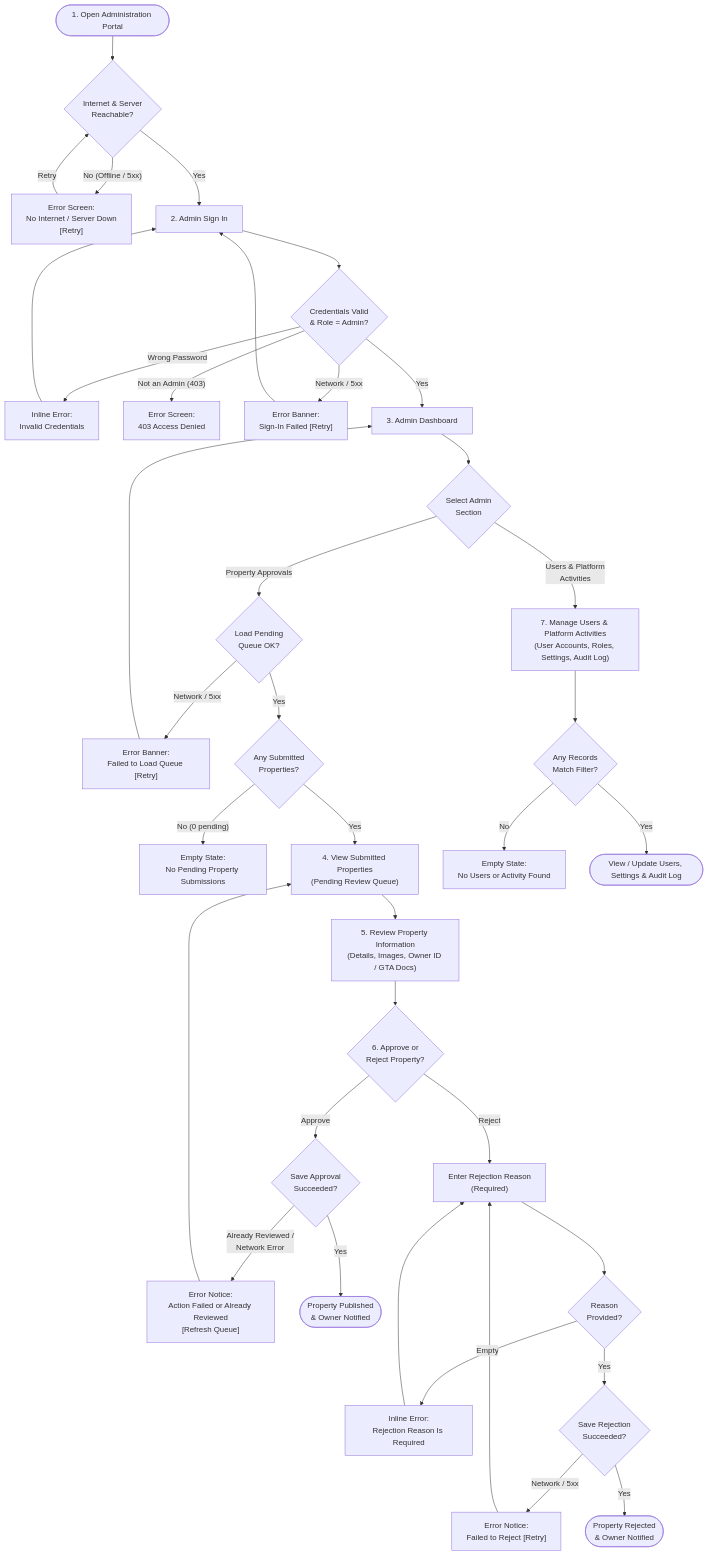
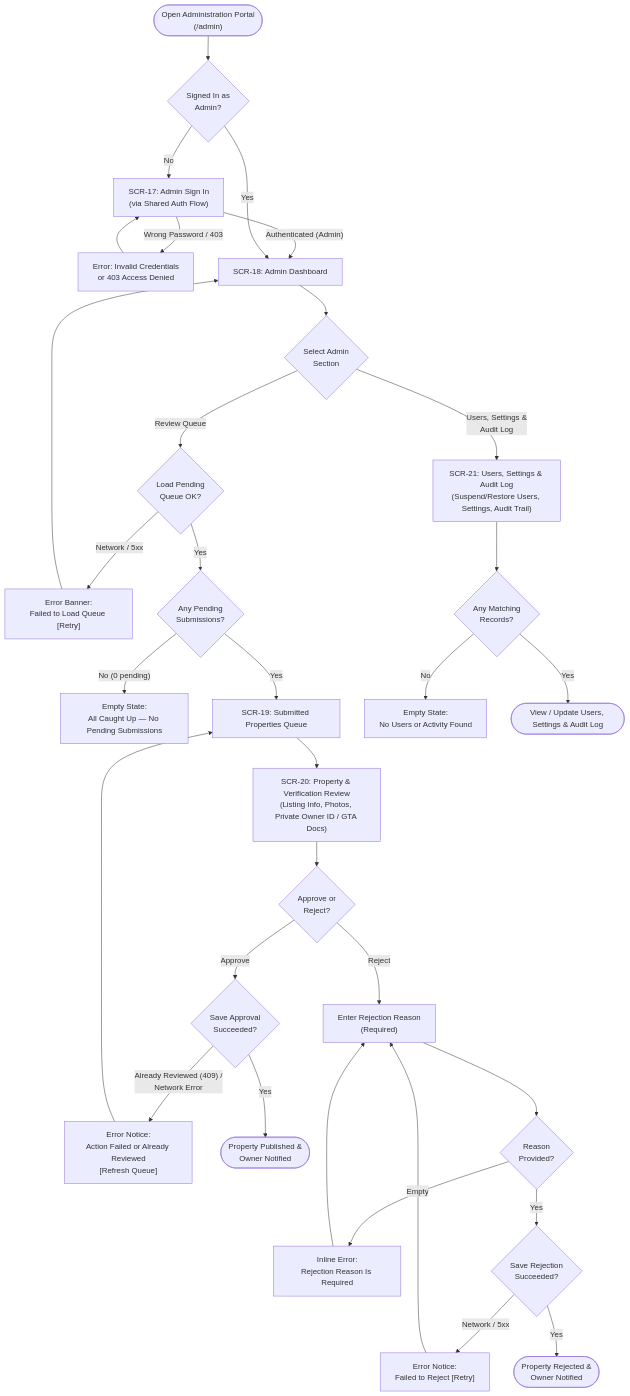
The third of 4 diagrams in docs/design/user-flows.md (ObboyeBossman/findstay), drawn with Mermaid before and after one commit. The commit also changed other lines of this file, not shown here.

Commit message:
docs(s1-01-t3): add screen inventory, shared auth/recovery, verification & calendar flows

````diff
--- a/docs/design/user-flows.md
+++ b/docs/design/user-flows.md
@@ -161,47 +187,43 @@
 ```mermaid
 flowchart TD
-    Start(["1. Open Administration Portal"]) --> NetCheck{"Internet & Server<br/>Reachable?"}
-    NetCheck -- "No (Offline / 5xx)" --> ErrOffline["Error Screen:<br/>No Internet / Server Down<br/>[Retry]"]
-    ErrOffline -- "Retry" --> NetCheck
+    Start(["Open Administration Portal<br/>(/admin)"]) --> AuthCheck{"Signed In as<br/>Admin?"}
+    AuthCheck -- "No" --> SCR17["SCR-17: Admin Sign In<br/>(via Shared Auth Flow)"]
+    SCR17 -- "Wrong Password / 403" --> ErrAdminAuth["Error: Invalid Credentials<br/>or 403 Access Denied"]
+    ErrAdminAuth --> SCR17
+    SCR17 -- "Authenticated (Admin)" --> SCR18
 
-    NetCheck -- "Yes" --> AdminSignIn["2. Admin Sign In"]
-    AdminSignIn --> AuthCheck{"Credentials Valid<br/>& Role = Admin?"}
-    AuthCheck -- "Wrong Password" --> ErrPass["Inline Error:<br/>Invalid Credentials"]
-    ErrPass --> AdminSignIn
-    AuthCheck -- "Not an Admin (403)" --> ErrForbidden["Error Screen:<br/>403 Access Denied"]
-    AuthCheck -- "Network / 5xx" --> ErrAuthNet["Error Banner:<br/>Sign-In Failed [Retry]"]
-    ErrAuthNet --> AdminSignIn
+    AuthCheck -- "Yes" --> SCR18["SCR-18: Admin Dashboard"]
+    SCR18 --> AdminSection{"Select Admin<br/>Section"}
 
-    AuthCheck -- "Yes" --> AdminDash["3. Admin Dashboard"]
-    AdminDash --> AdminSection{"Select Admin<br/>Section"}
+    %% Property & Verification Review Queue (S1-15)
+    AdminSection -- "Review Queue" --> QueueLoad{"Load Pending<br/>Queue OK?"}
+    QueueLoad -- "Network / 5xx" --> ErrQueue["Error Banner:<br/>Failed to Load Queue [Retry]"]
+    ErrQueue --> SCR18
 
-    AdminSection -- "Property Approvals" --> QueueFetch{"Load Pending<br/>Queue OK?"}
-    QueueFetch -- "Network / 5xx" --> ErrQueue["Error Banner:<br/>Failed to Load Queue [Retry]"]
-    ErrQueue --> AdminDash
+    QueueLoad -- "Yes" --> QueueEmpty{"Any Pending<br/>Submissions?"}
+    QueueEmpty -- "No (0 pending)" --> EmptyQueue["Empty State:<br/>All Caught Up — No Pending Submissions"]
+    QueueEmpty -- "Yes" --> SCR19["SCR-19: Submitted Properties Queue"]
 
-    QueueFetch -- "Yes" --> QueueEmpty{"Any Submitted<br/>Properties?"}
-    QueueEmpty -- "No (0 pending)" --> EmptyQueue["Empty State:<br/>No Pending Property Submissions"]
-    QueueEmpty -- "Yes" --> ViewSubmitted["4. View Submitted Properties<br/>(Pending Review Queue)"]
+    SCR19 --> SCR20["SCR-20: Property & Verification Review<br/>(Listing Info, Photos, Private Owner ID / GTA Docs)"]
+    SCR20 --> Decision{"Approve or<br/>Reject?"}
 
-    ViewSubmitted --> ReviewProp["5. Review Property Information<br/>(Details, Images, Owner ID / GTA Docs)"]
-    ReviewProp --> Decision{"6. Approve or<br/>Reject Property?"}
+    Decision -- "Approve" --> ApproveSave{"Save Approval<br/>Succeeded?"}
+    ApproveSave -- "Already Reviewed (409) /<br/>Network Error" --> ErrApprove["Error Notice:<br/>Action Failed or Already Reviewed<br/>[Refresh Queue]"]
+    ErrApprove --> SCR19
+    ApproveSave -- "Yes" --> Approved(["Property Published &<br/>Owner Notified"])
 
-    Decision -- "Approve" --> ApproveReq{"Save Approval<br/>Succeeded?"}
-    ApproveReq -- "Already Reviewed /<br/>Network Error" --> ErrApprove["Error Notice:<br/>Action Failed or Already Reviewed<br/>[Refresh Queue]"]
-    ErrApprove --> ViewSubmitted
-    ApproveReq -- "Yes" --> Approved(["Property Published<br/>& Owner Notified"])
+    Decision -- "Reject" --> RejectInput["Enter Rejection Reason<br/>(Required)"]
+    RejectInput --> ReasonValid{"Reason<br/>Provided?"}
+    ReasonValid -- "Empty" --> ErrReason["Inline Error:<br/>Rejection Reason Is Required"]
+    ErrReason --> RejectInput
+    ReasonValid -- "Yes" --> RejectSave{"Save Rejection<br/>Succeeded?"}
+    RejectSave -- "Network / 5xx" --> ErrReject["Error Notice:<br/>Failed to Reject [Retry]"]
+    ErrReject --> RejectInput
+    RejectSave -- "Yes" --> Rejected(["Property Rejected &<br/>Owner Notified"])
 
-    Decision -- "Reject" --> RejectReason["Enter Rejection Reason<br/>(Required)"]
-    RejectReason --> ReasonValid{"Reason<br/>Provided?"}
-    ReasonValid -- "Empty" --> ErrReason["Inline Error:<br/>Rejection Reason Is Required"]
-    ErrReason --> RejectReason
-    ReasonValid -- "Yes" --> RejectReq{"Save Rejection<br/>Succeeded?"}
-    RejectReq -- "Network / 5xx" --> ErrReject["Error Notice:<br/>Failed to Reject [Retry]"]
-    ErrReject --> RejectReason
-    RejectReq -- "Yes" --> Rejected(["Property Rejected<br/>& Owner Notified"])
-
-    AdminSection -- "Users & Platform<br/>Activities" --> ManageUsers["7. Manage Users & Platform Activities<br/>(User Accounts, Roles, Settings, Audit Log)"]
-    ManageUsers --> UsersEmpty{"Any Records<br/>Match Filter?"}
+    %% Users, Platform Settings & Audit Log (S1-08, S1-16)
+    AdminSection -- "Users, Settings &<br/>Audit Log" --> SCR21["SCR-21: Users, Settings & Audit Log<br/>(Suspend/Restore Users, Settings, Audit Trail)"]
+    SCR21 --> UsersEmpty{"Any Matching<br/>Records?"}
     UsersEmpty -- "No" --> EmptyUsers["Empty State:<br/>No Users or Activity Found"]
-    UsersEmpty -- "Yes" --> UsersList(["View / Update Users, Settings & Audit Log"])
+    UsersEmpty -- "Yes" --> UsersDone(["View / Update Users, Settings & Audit Log"])
 ```
````
